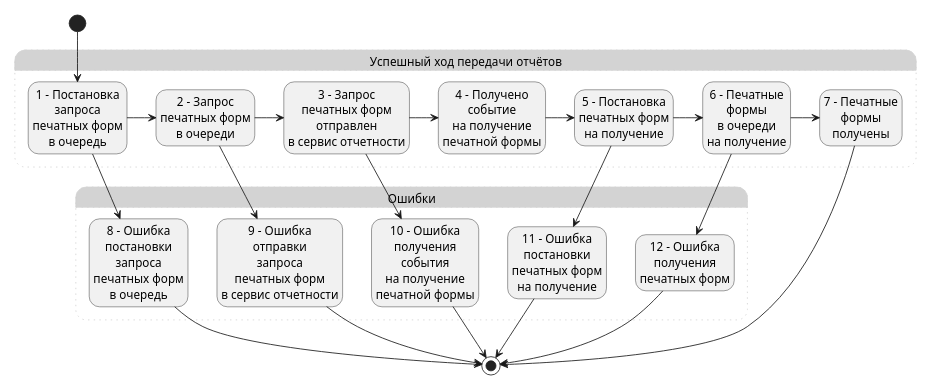
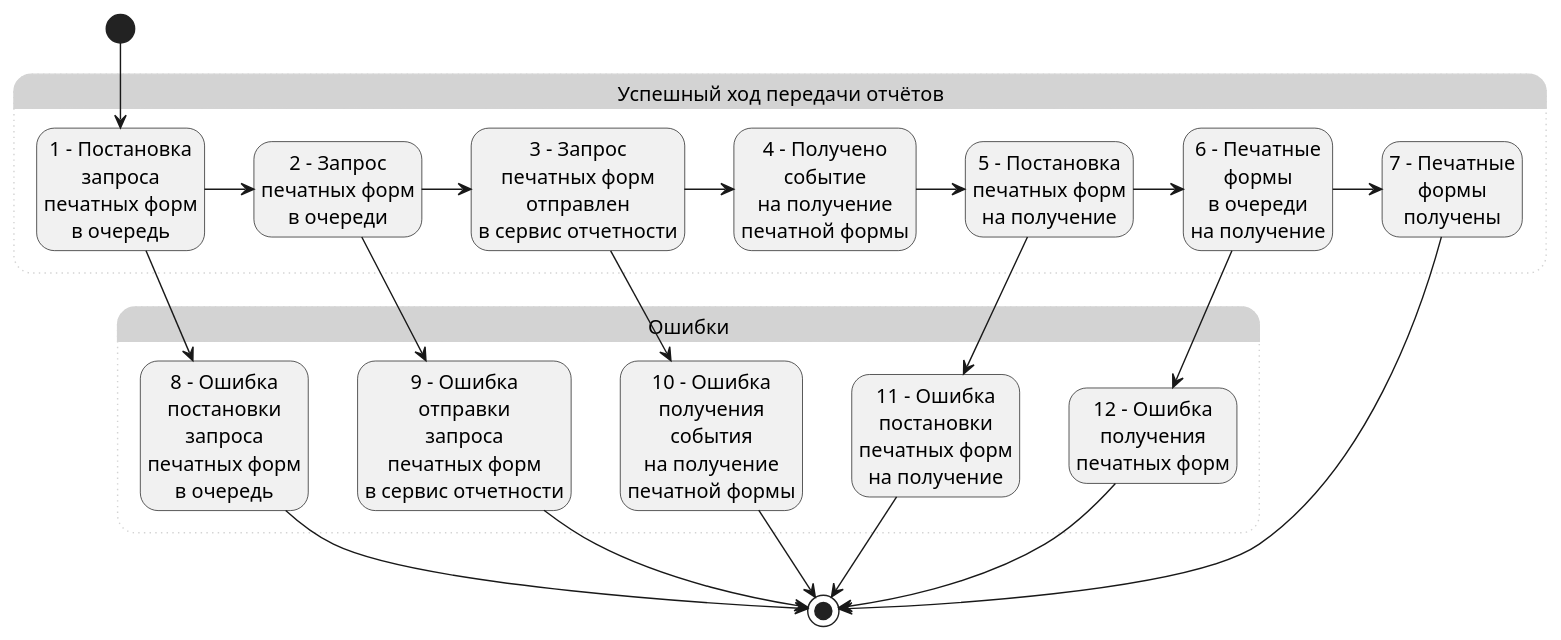
Before and after one commit to citpb/platform-astral-schemes: the diagram in udo_plojd_statuses_printform.puml, drawn with PlantUML.

```diff
--- a/udo_plojd_statuses_printform.puml
+++ b/udo_plojd_statuses_printform.puml
@@ -1,50 +1,48 @@
 @startuml
-scale 100 width
-scale 260 height
+hide empty description
 
-hide empty description
 state "Успешный ход передачи отчётов" as Saccess #LightGray;line.dotted;line:LightGray {
     state "1 - Постановка\nзапроса\nпечатных форм\nв очередь" as State1
     state "2 - Запрос\nпечатных форм\nв очереди" as State2
     state "3 - Запрос\nпечатных форм\nотправлен\nв сервис отчетности" as State3
     state "4 – Получено\nсобытие\nна получение\nпечатной формы" as State4
     state "5 - Постановка\nпечатных форм\nна получение" as State5
     state "6 - Печатные\nформы\nв очереди\nна получение" as State6
     state "7 - Печатные\nформы\nполучены" as State7
 }
 state "Ошибки" as Errors #LightGray;line.dotted;line:LightGray {
     state "8 - Ошибка\nпостановки\nзапроса\nпечатных форм\nв очередь" as State8
     state "9 - Ошибка\nотправки\nзапроса\nпечатных форм\nв сервис отчетности" as State9
     state "10 – Ошибка\nполучения\nсобытия\nна получение\nпечатной формы" as State10
     state "11 - Ошибка\nпостановки\nпечатных форм\nна получение" as State11
     state "12 - Ошибка\nполучения\nпечатных форм" as State12
 }
 
 [*] --> State1
 
 State1 -> State2
 State1 --> State8
 
 State2 -> State3
 State2 --> State9
 
 State3 -> State4
 State3 -> State10
 
 State4 -> State5
 
 State5 -> State6
 State5 --> State11
 
 State6 -> State7
 State6 --> State12
 
 State8 --> [*]
 State9 --> [*]
 State10 --> [*]
 State11 --> [*]
 State12 --> [*]
 
 State7 --> [*]
 
 @enduml
```
